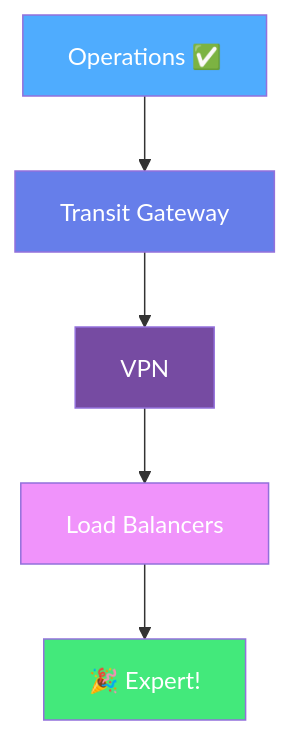
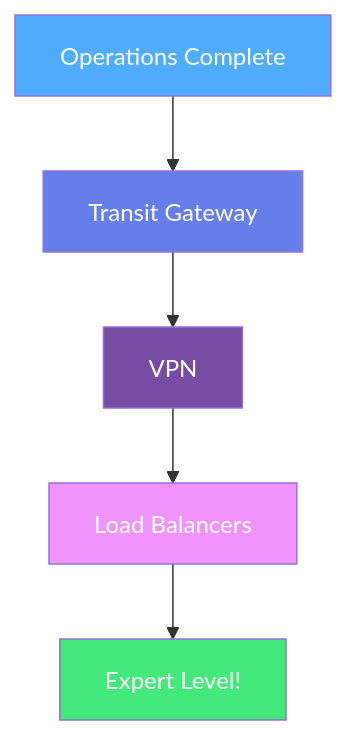
Before and after one commit to Khuzaima05/landing-zone-detailed: the sixth of 6 diagrams in docs-website/docs/learning-path.md, drawn with Mermaid. The commit also changed other lines of this file, not shown here.

Commit message:
fix: Correct Mermaid syntax errors in learning path diagrams

````diff
--- a/docs-website/docs/learning-path.md
+++ b/docs-website/docs/learning-path.md
@@ -125,12 +125,12 @@
 ```mermaid
 graph TD
-    A[Operations ✅] --> B[Transit Gateway]
-    B --> C[VPN]
-    C --> D[Load Balancers]
-    D --> E[🎉 Expert!]
+    A["Operations Complete"] --> B["Transit Gateway"]
+    B --> C["VPN"]
+    C --> D["Load Balancers"]
+    D --> E["Expert Level!"]
     style A fill:#4facfe,color:#fff
     style B fill:#667eea,color:#fff
     style C fill:#764ba2,color:#fff
     style D fill:#f093fb,color:#fff
     style E fill:#43e97b,color:#fff
 ```
````
